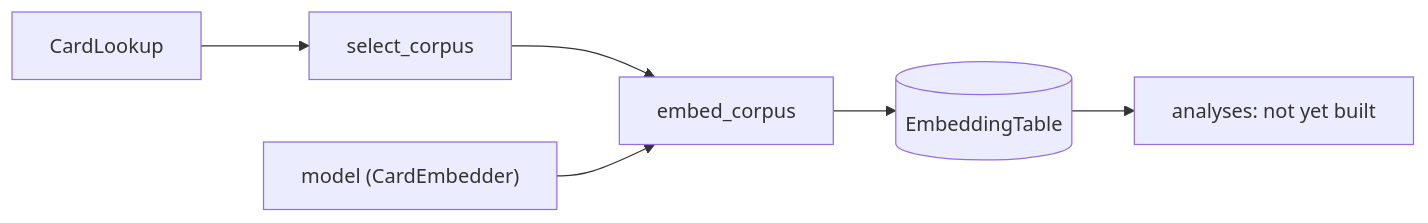
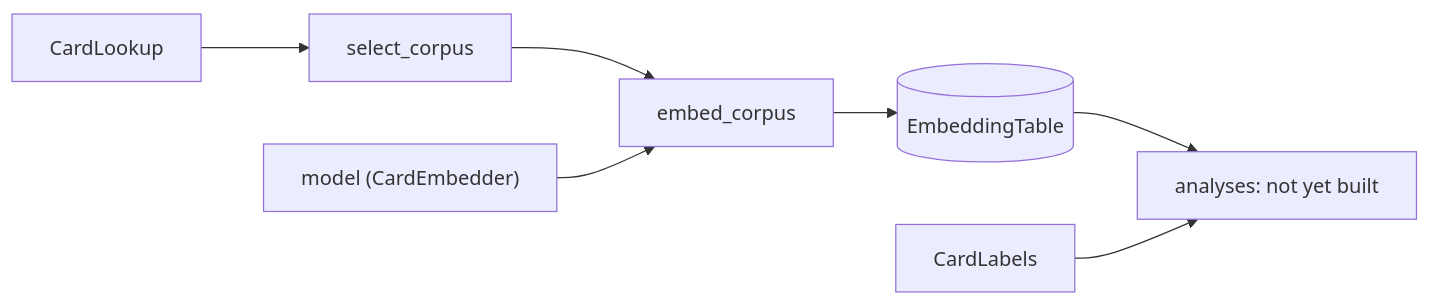
Before and after one commit to toon-leader-bacon/TradingCardGameEmbeddings: the diagram in src/evaluation/README.md, drawn with Mermaid. The commit also changed other lines of this file and 3 other files, not shown here.

````diff
--- a/src/evaluation/README.md
+++ b/src/evaluation/README.md
@@ -38,8 +45,9 @@
 ```mermaid
 flowchart LR
     L[CardLookup] --> S[select_corpus]
     S --> E[embed_corpus]
     M["model (CardEmbedder)"] --> E
     E --> T[(EmbeddingTable)]
     T --> A[analyses: not yet built]
+    C[CardLabels] --> A
 ```
````
